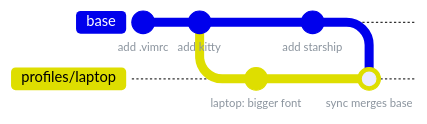
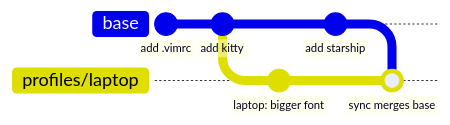
The first of 4 diagrams in README.md (denomolo/dotsync), drawn with Mermaid before and after one commit. The commit also changed other lines of this file, not shown here.

First line of the commit message:
README: drop custom diagram theme, let GitHub match light/dark

````diff
--- a/README.md
+++ b/README.md
@@ -203,12 +203,12 @@
 ```mermaid
-%%{init: {"themeVariables": {"background": "transparent", "fontSize": "13px", "commitLabelBackground": "transparent", "commitLabelColor": "#8b949e"}, "gitGraph": {"mainBranchName": "base", "rotateCommitLabel": false, "parallelCommits": false}}}%%
+%%{init: {"gitGraph": {"mainBranchName": "base", "rotateCommitLabel": false, "parallelCommits": false}}}%%
 gitGraph
     commit id: "add .vimrc"
     commit id: "add kitty"
     branch profiles/laptop
     commit id: "laptop: bigger font"
     checkout base
     commit id: "add starship"
     checkout profiles/laptop
     merge base id: "sync merges base"
 ```
````
